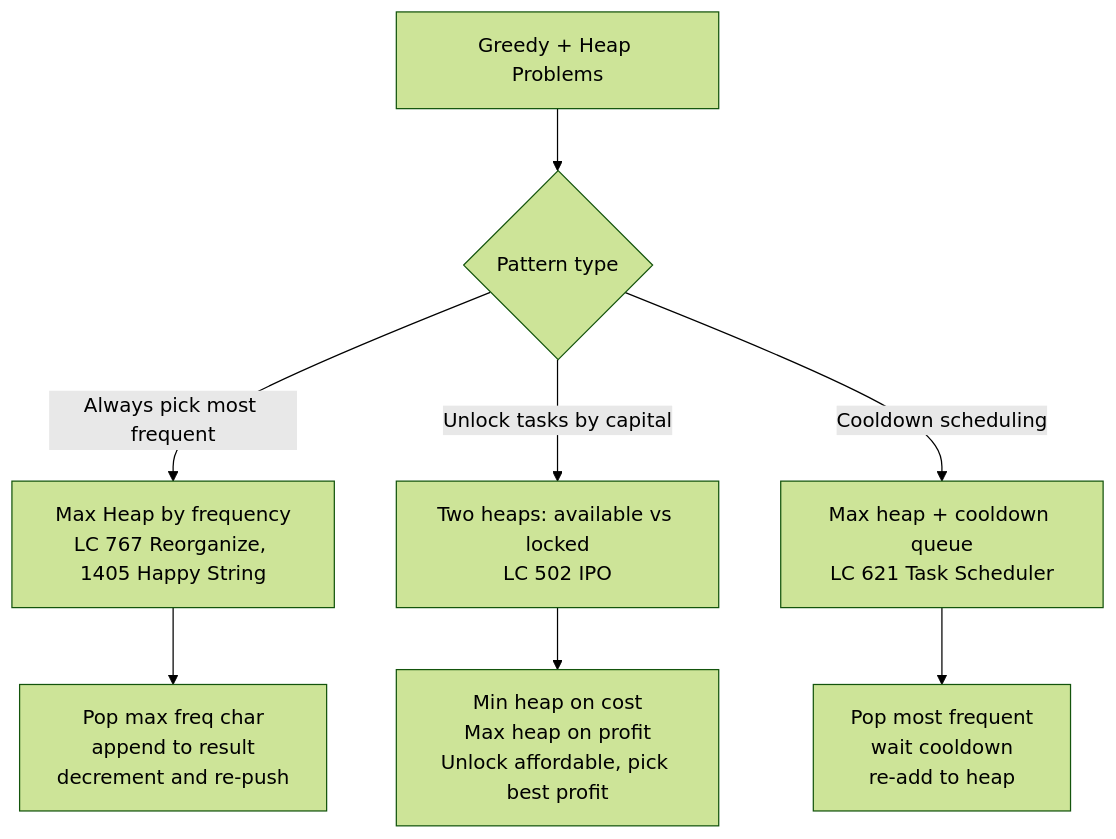
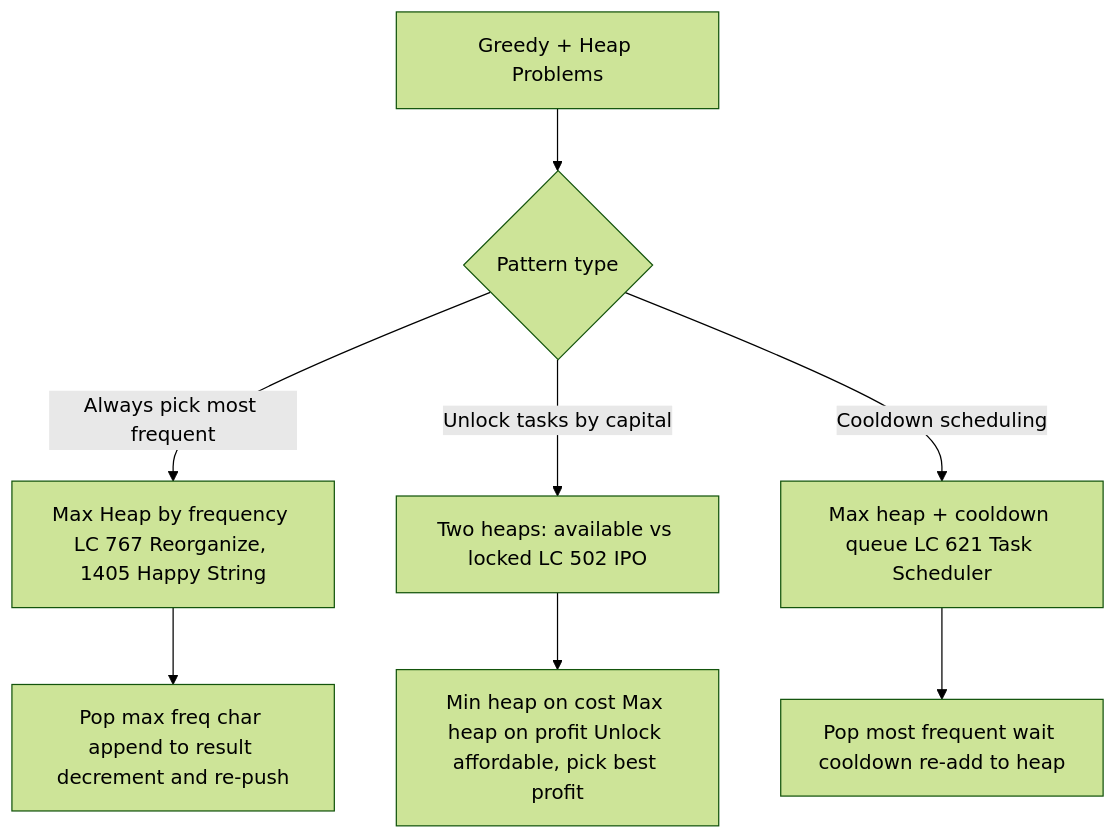
One commit to deepanshu-rawat6/AlgoAtlas changed the fifth of 7 diagrams in heap/README.md. Above: the diagram before and after it, drawn with Mermaid (forest theme). The commit also changed other lines of this file and 13 other files, not shown here.

````diff
--- a/heap/README.md
+++ b/heap/README.md
@@ -97,10 +97,10 @@
 ```mermaid
 flowchart TD
     A[Greedy + Heap Problems] --> B{"Pattern type"}
-    B -- Always pick most frequent --> C[Max Heap by frequency<br>LC 767 Reorganize, 1405 Happy String]
-    C --> D[Pop max freq char<br>append to result<br>decrement and re-push]
-    B -- Unlock tasks by capital --> E[Two heaps: available vs locked<br>LC 502 IPO]
-    E --> F[Min heap on cost<br>Max heap on profit<br>Unlock affordable, pick best profit]
-    B -- Cooldown scheduling --> G[Max heap + cooldown queue<br>LC 621 Task Scheduler]
-    G --> H[Pop most frequent<br>wait cooldown<br>re-add to heap]
+    B -- Always pick most frequent --> C[Max Heap by frequency LC 767 Reorganize, 1405 Happy String]
+    C --> D[Pop max freq char append to result decrement and re-push]
+    B -- Unlock tasks by capital --> E[Two heaps: available vs locked LC 502 IPO]
+    E --> F[Min heap on cost Max heap on profit Unlock affordable, pick best profit]
+    B -- Cooldown scheduling --> G[Max heap + cooldown queue LC 621 Task Scheduler]
+    G --> H[Pop most frequent wait cooldown re-add to heap]
 ```
````
